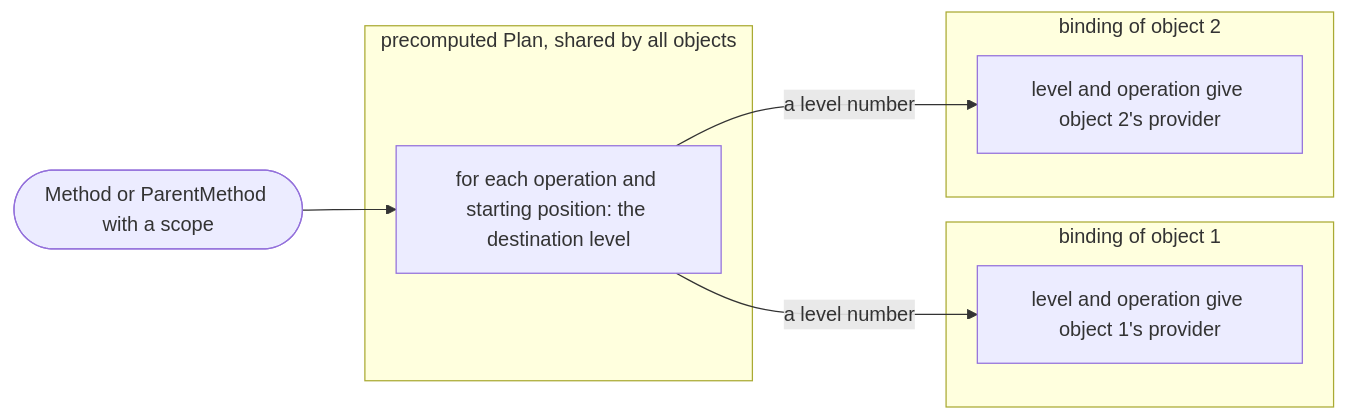
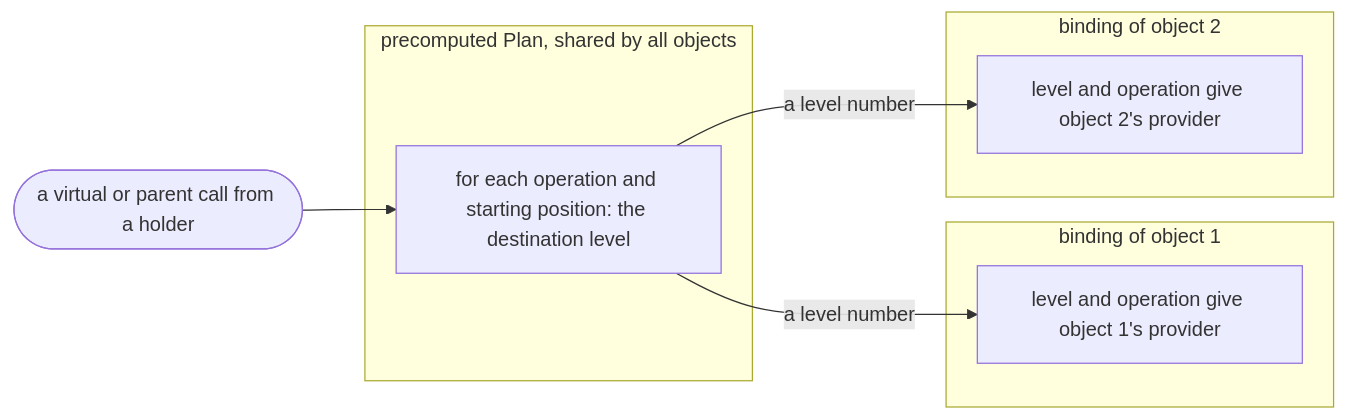
Before and after one commit to lucaf/heiry: the fourth of 5 diagrams in docs/user/guide.md, drawn with Mermaid. The commit also changed other lines of this file and 25 other files, not shown here.

````diff
--- a/docs/user/guide.md
+++ b/docs/user/guide.md
@@ -258,15 +282,15 @@
 ```mermaid
 flowchart LR
     subgraph shared["precomputed Plan, shared by all objects"]
         table["for each operation and starting position: the destination level"]
     end
     subgraph one["binding of object 1"]
         r1["level and operation give object 1's provider"]
     end
     subgraph two["binding of object 2"]
         r2["level and operation give object 2's provider"]
     end
-    call(["Method or ParentMethod with a scope"]) --> table
+    call(["a virtual or parent call from a holder"]) --> table
     table -- "a level number" --> r1
     table -- "a level number" --> r2
 ```
````
